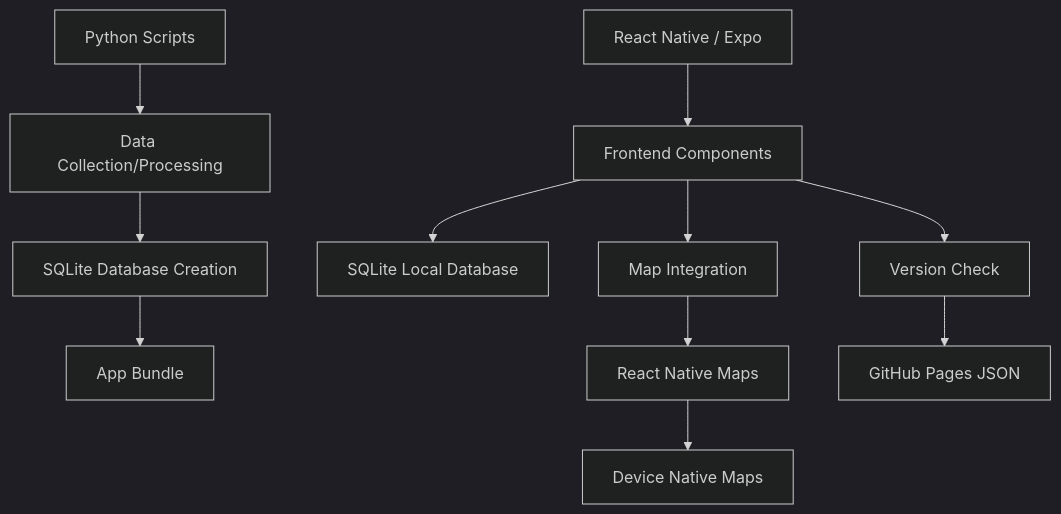
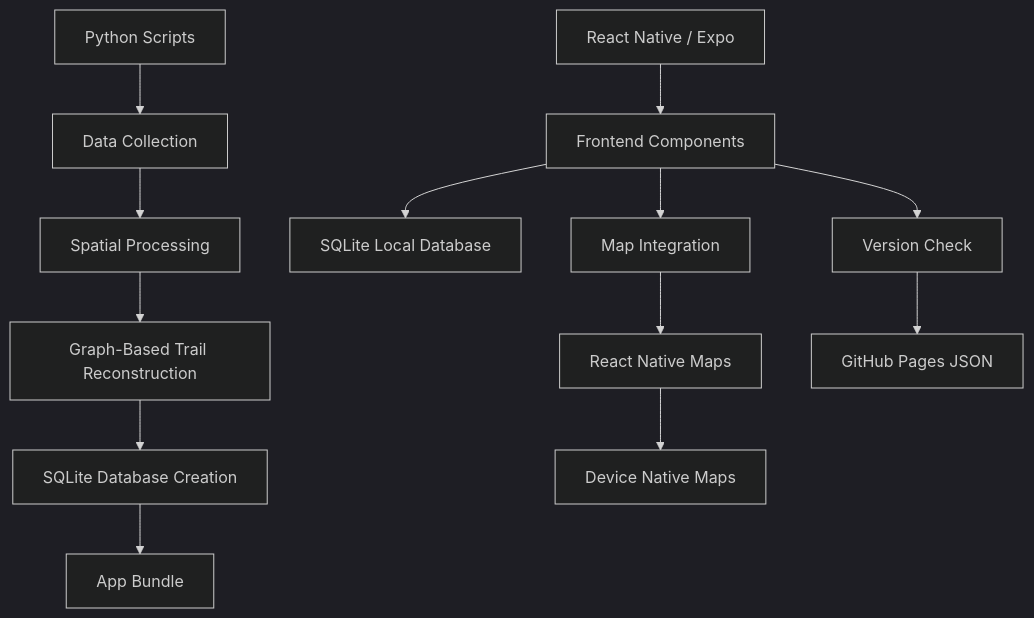
Before and after one commit to jozovek/hiking-app: the second of 4 diagrams in README.md, drawn with Mermaid (dark theme). The commit also changed other lines of this file and 61 other files, not shown here.

````diff
--- a/README.md
+++ b/README.md
@@ -75,13 +76,15 @@
 ```mermaid
 graph TD
     A[React Native / Expo] --> B[Frontend Components]
     B --> C[SQLite Local Database]
     B --> E[Map Integration]
-    F[Python Scripts] --> G[Data Collection/Processing]
-    G --> H[SQLite Database Creation]
+    F[Python Scripts] --> G[Data Collection]
+    G --> P[Spatial Processing]
+    P --> Q[Graph-Based Trail Reconstruction]
+    Q --> H[SQLite Database Creation]
     H --> I[App Bundle]
     E --> L[React Native Maps]
     L --> M[Device Native Maps]
     B --> N[Version Check]
     N --> O[GitHub Pages JSON]
 ```
````
